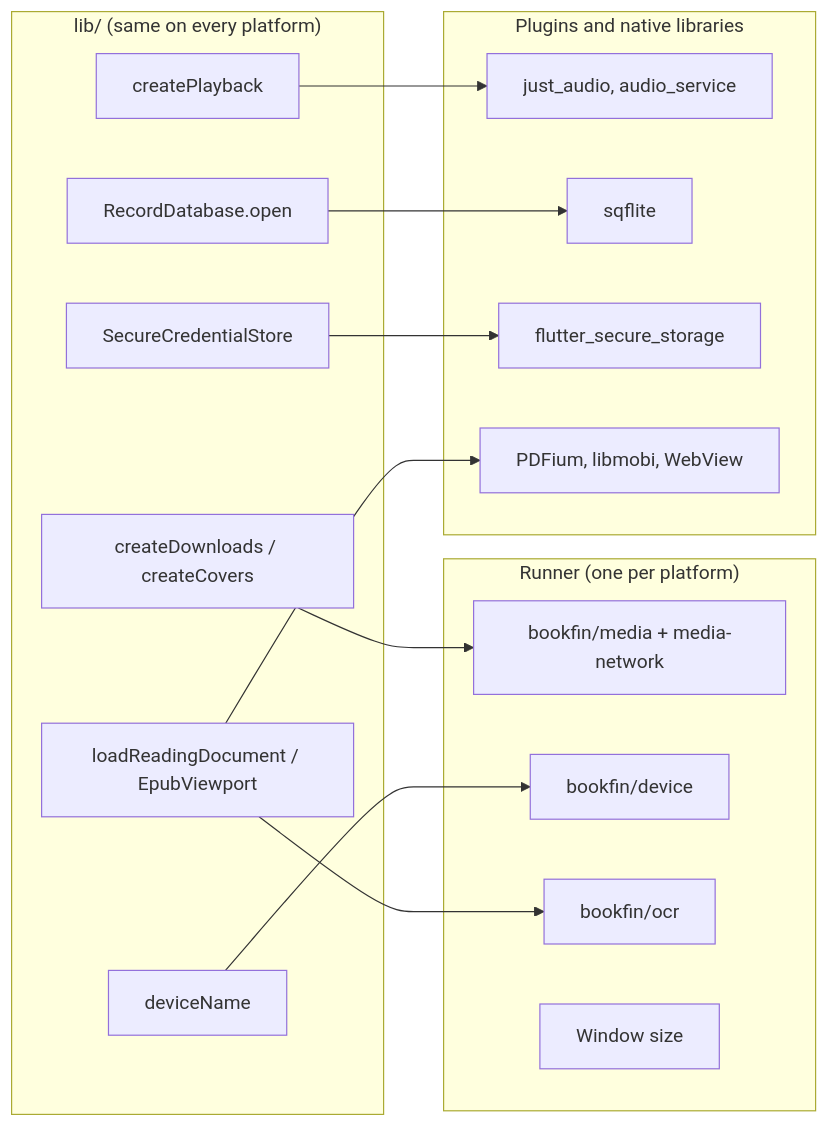
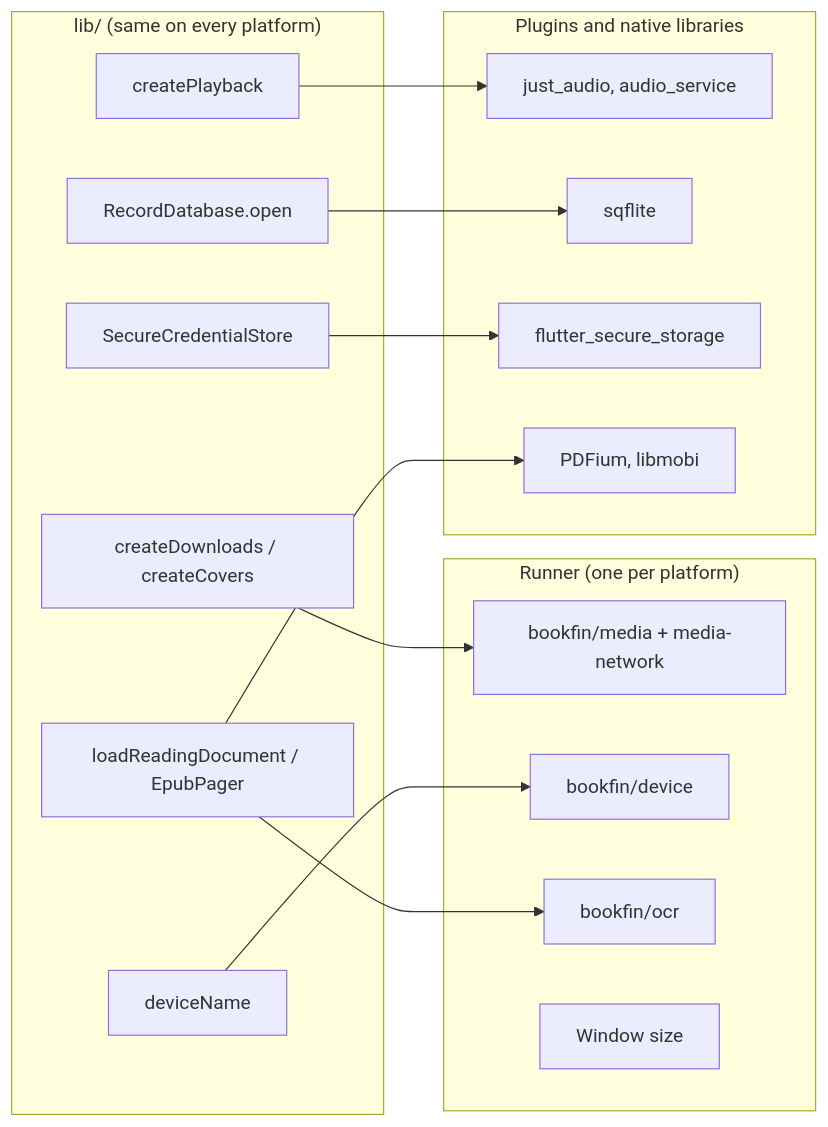
One commit to alexispurslane/bookfin changed the diagram in docs/plans/platforms.md. Above: the diagram before and after it, drawn with Mermaid. The commit also changed other lines of this file and 23 other files, not shown here.

First line of the commit message:
Show EPUB and MOBI books in the native viewport on every platform (tc-1yif)

````diff
--- a/docs/plans/platforms.md
+++ b/docs/plans/platforms.md
@@ -34,30 +34,30 @@
 ```mermaid
 flowchart LR
   subgraph Dart["lib/ (same on every platform)"]
     D[createDownloads / createCovers]
     N[deviceName]
     P[createPlayback]
     R[RecordDatabase.open]
     C[SecureCredentialStore]
-    X[loadReadingDocument / EpubViewport]
+    X[loadReadingDocument / EpubPager]
   end
   subgraph Runner["Runner (one per platform)"]
     M["bookfin/media + media-network"]
     V["bookfin/device"]
     O["bookfin/ocr"]
     W[Window size]
   end
   subgraph Plugins["Plugins and native libraries"]
     A[just_audio, audio_service]
     S[sqflite]
     K[flutter_secure_storage]
-    F[PDFium, libmobi, WebView]
+    F[PDFium, libmobi]
   end
   D --> M
   N --> V
   X --> O
   X --> F
   P --> A
   R --> S
   C --> K
 ```
````
